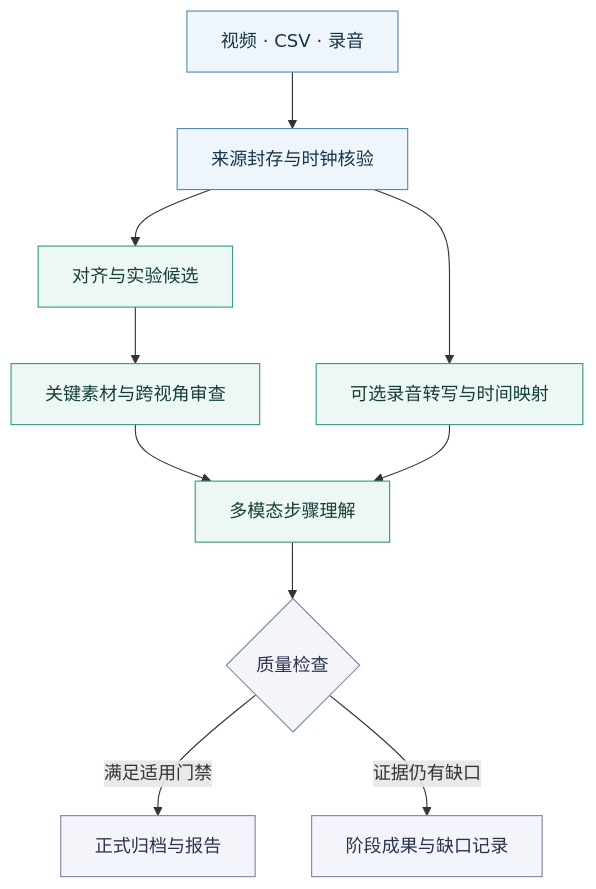
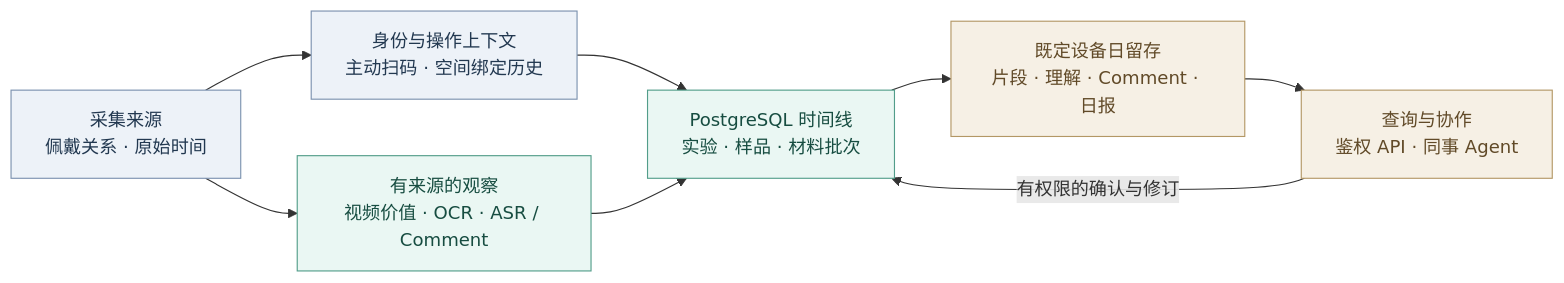
One commit to kealan-Jun/VisionCortex changed the diagram in README.md. Above: the diagram before and after it, drawn with Mermaid. The commit also changed other lines of this file and 944 other files, not shown here.

````diff
--- a/README.md
+++ b/README.md
@@ -48,19 +99,17 @@
 ```mermaid
-flowchart TB
-    A[视频 · CSV · 录音] --> B[来源封存与时钟核验]
-    B --> C[对齐与实验候选]
-    C --> D[关键素材与跨视角审查]
-    B --> E[可选录音转写与时间映射]
-    D --> F[多模态步骤理解]
-    E --> F
-    F --> G{质量检查}
-    G -->|满足适用门禁| H[正式归档与报告]
-    G -->|证据仍有缺口| I[阶段成果与缺口记录]
+flowchart LR
+    A[采集来源<br/>佩戴关系 · 原始时间] --> B[身份与操作上下文<br/>主动扫码 · 空间绑定历史]
+    A --> C[有来源的观察<br/>视频价值 · OCR · ASR / Comment]
+    B --> D[PostgreSQL 时间线<br/>实验 · 样品 · 材料批次]
+    C --> D
+    D --> E[既定设备日留存<br/>片段 · 理解 · Comment · 日报]
+    E --> F[查询与协作<br/>鉴权 API · 同事 Agent]
+    F -->|有权限的确认与修订| D
 
-    classDef input fill:#eef6fb,stroke:#548bab,color:#16344a
-    classDef process fill:#edf8f5,stroke:#39988b,color:#153e38
-    classDef output fill:#f4f5fa,stroke:#7b88a5,color:#28344b
-    class A,B input
-    class C,D,E,F process
-    class G,H,I output
+    classDef source fill:#edf2f8,stroke:#7b91af,color:#223850
+    classDef evidence fill:#eaf7f3,stroke:#529d8a,color:#174d41
+    classDef store fill:#f6f0e5,stroke:#b39765,color:#614a28
+    class A,B source
+    class C,D evidence
+    class E,F store
 ```
````
